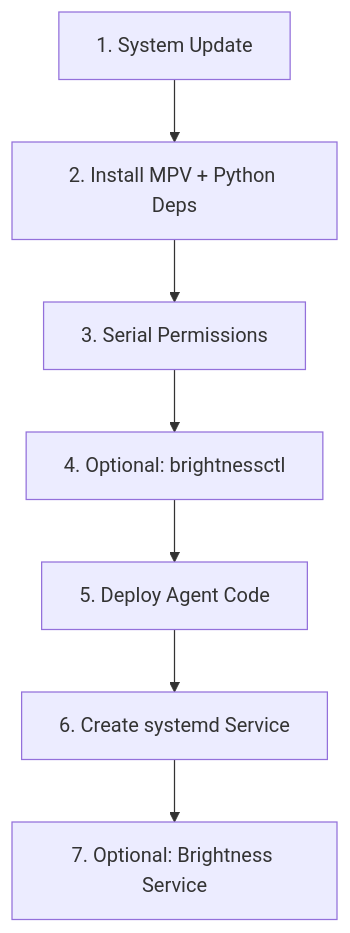
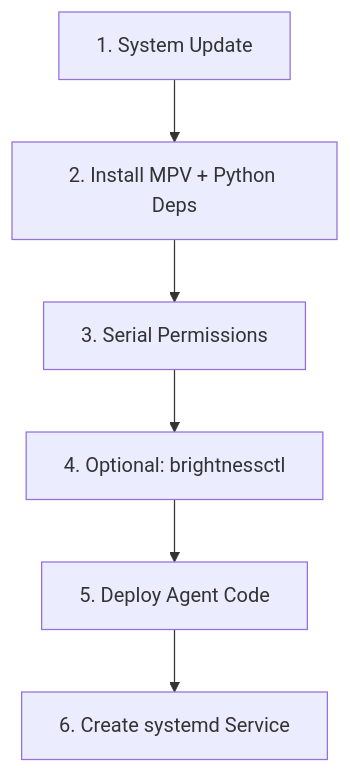
Before and after one commit to DevaBDM/Smart-Signage-System: the second of 2 diagrams in pi-scripts/SETUP_SCRIPTS.md, drawn with Mermaid. The commit also changed other lines of this file and 4 other files, not shown here.

````diff
--- a/pi-scripts/SETUP_SCRIPTS.md
+++ b/pi-scripts/SETUP_SCRIPTS.md
@@ -99,9 +99,8 @@
 ```mermaid
 flowchart TD
     A[1. System Update] --> B[2. Install MPV + Python Deps]
     B --> C[3. Serial Permissions]
     C --> D[4. Optional: brightnessctl]
     D --> E[5. Deploy Agent Code]
     E --> F[6. Create systemd Service]
-    F --> G[7. Optional: Brightness Service]
 ```
````
